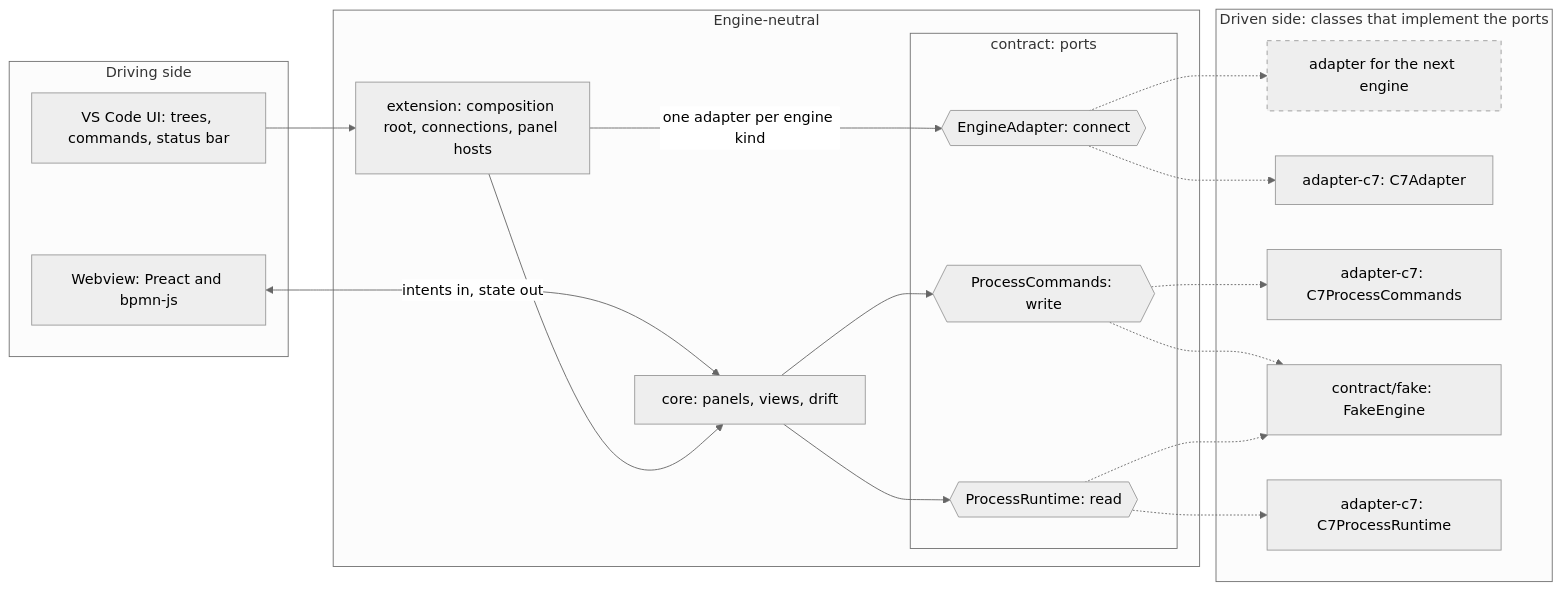
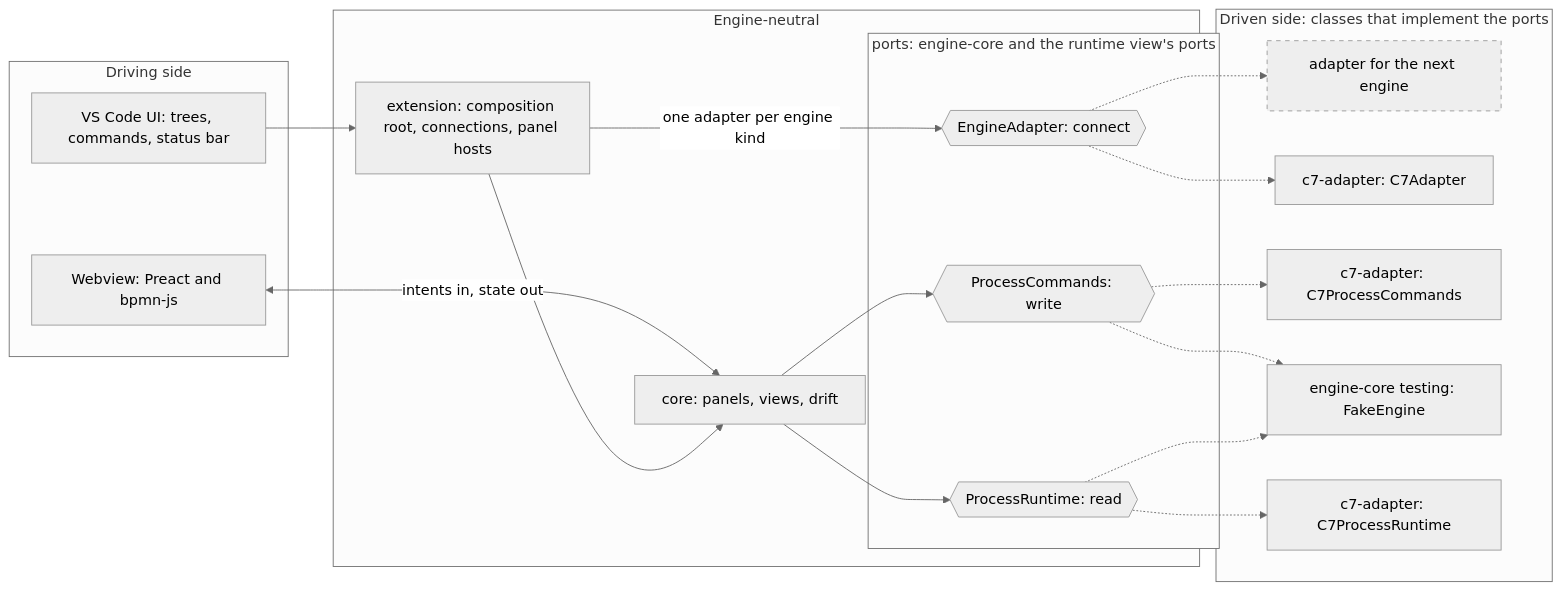
Before and after one commit to Miragon/pulse: the second of 7 diagrams in apps/vscode/docs/architecture-overview.md, drawn with Mermaid (neutral theme). The commit also changed other lines of this file and 2074 other files, not shown here.

````diff
--- a/apps/vscode/docs/architecture-overview.md
+++ b/apps/vscode/docs/architecture-overview.md
@@ -80,35 +80,35 @@
 ```mermaid
 flowchart LR
   subgraph driving [Driving side]
     ui[VS Code UI: trees, commands, status bar]
     webview[Webview: Preact and bpmn-js]
   end
   subgraph neutral [Engine-neutral]
     extension[extension: composition root, connections, panel hosts]
     core[core: panels, views, drift]
-    subgraph ports [contract: ports]
+    subgraph ports [ports: engine-core and the runtime view's ports]
       adapterPort{{EngineAdapter: connect}}
       runtime{{ProcessRuntime: read}}
       commands{{ProcessCommands: write}}
     end
   end
   subgraph driven [Driven side: classes that implement the ports]
     next["adapter for the next engine"]
-    c7Adapter[adapter-c7: C7Adapter]
-    c7Commands[adapter-c7: C7ProcessCommands]
-    fake[contract/fake: FakeEngine]
-    c7Runtime[adapter-c7: C7ProcessRuntime]
+    c7Adapter[c7-adapter: C7Adapter]
+    c7Commands[c7-adapter: C7ProcessCommands]
+    fake[engine-core testing: FakeEngine]
+    c7Runtime[c7-adapter: C7ProcessRuntime]
   end
 
   ui --> extension
   webview <-- intents in, state out --> core
   extension --> core
   extension -- one adapter per engine kind --> adapterPort
   core --> runtime
   core --> commands
   adapterPort -.-> c7Adapter & next
   commands -.-> c7Commands & fake
   runtime -.-> fake & c7Runtime
   classDef planned stroke-dasharray: 5 5
   class next planned
 ```
````
